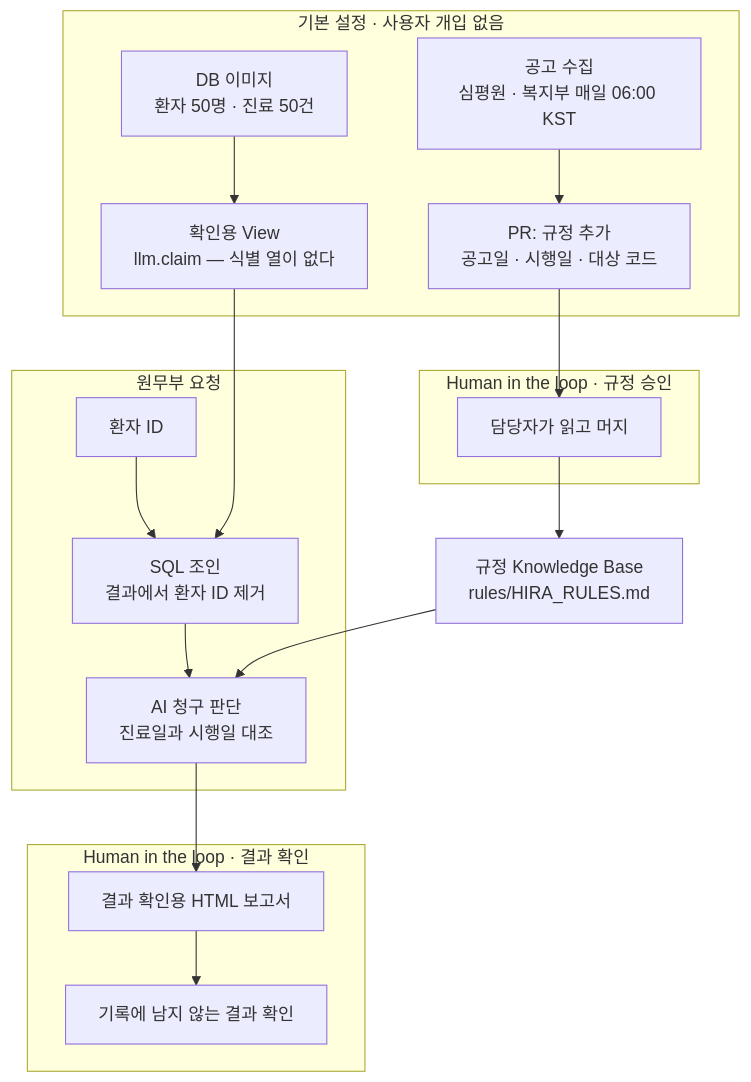
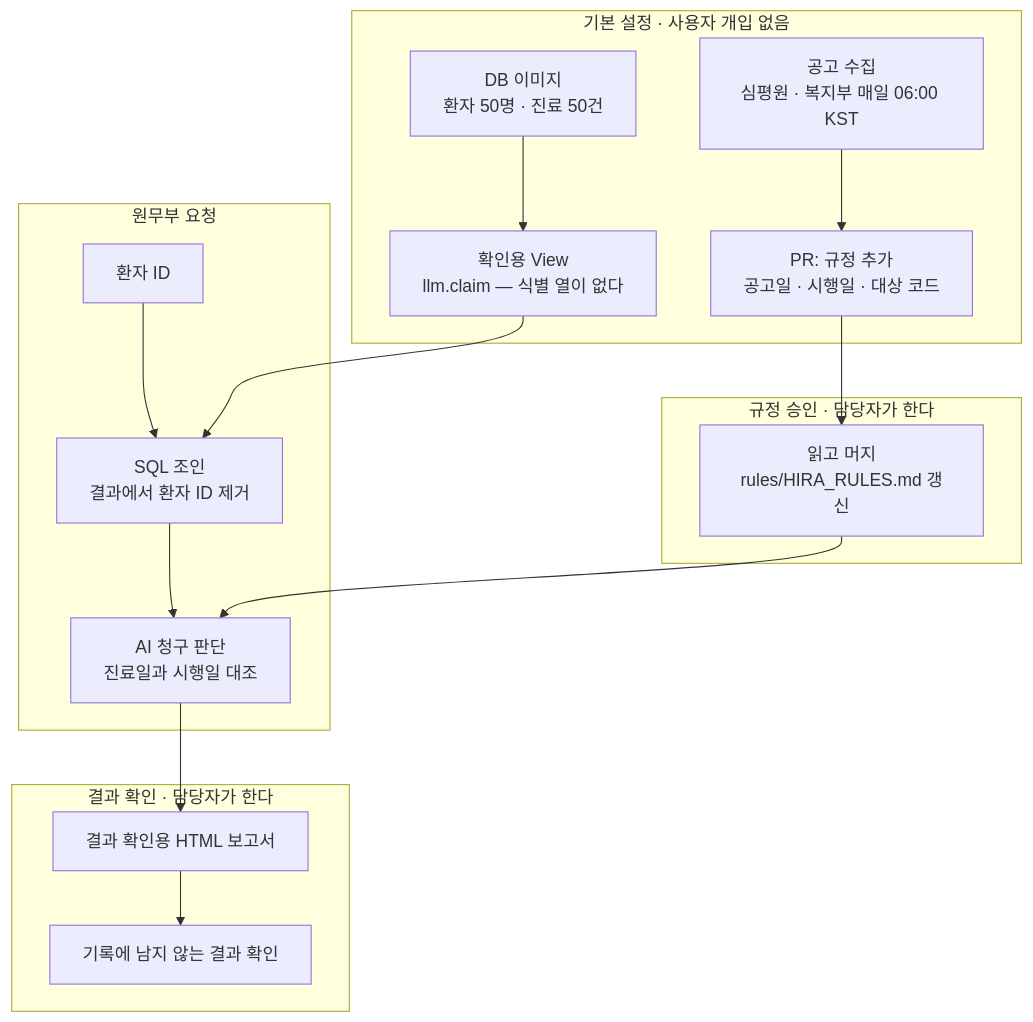
Before and after one commit to t-hajongkim/hira-billing-copilot: the diagram in README.md, drawn with Mermaid. The commit also changed 1 other file, not shown here.

Commit message:
updated for final review

````diff
--- a/README.md
+++ b/README.md
@@ -13,26 +13,25 @@
 ```mermaid
 flowchart TD
     subgraph SETUP["기본 설정 · 사용자 개입 없음"]
         IMG["DB 이미지<br/>환자 50명 · 진료 50건"] --> VIEW["확인용 View<br/>llm.claim — 식별 열이 없다"]
         SYNC["공고 수집<br/>심평원 · 복지부 매일 06:00 KST"] --> PR["PR: 규정 추가<br/>공고일 · 시행일 · 대상 코드"]
     end
 
-    subgraph HITL1["Human in the loop · 규정 승인"]
-        MERGE["담당자가 읽고 머지"]
+    subgraph APPROVE["규정 승인 · 담당자가 한다"]
+        MERGE["읽고 머지<br/>rules/HIRA_RULES.md 갱신"]
     end
 
     subgraph WORK["원무부 요청"]
         PID["환자 ID"] --> JOIN["SQL 조인<br/>결과에서 환자 ID 제거"]
         JOIN --> AI["AI 청구 판단<br/>진료일과 시행일 대조"]
     end
 
-    subgraph HITL2["Human in the loop · 결과 확인"]
+    subgraph CONFIRM["결과 확인 · 담당자가 한다"]
         REPORT["결과 확인용 HTML 보고서"] --> CHECK["기록에 남지 않는 결과 확인"]
     end
 
     PR --> MERGE
-    MERGE --> KB["규정 Knowledge Base<br/>rules/HIRA_RULES.md"]
-    KB --> AI
+    MERGE --> AI
     VIEW --> JOIN
     AI --> REPORT
 ```
````
